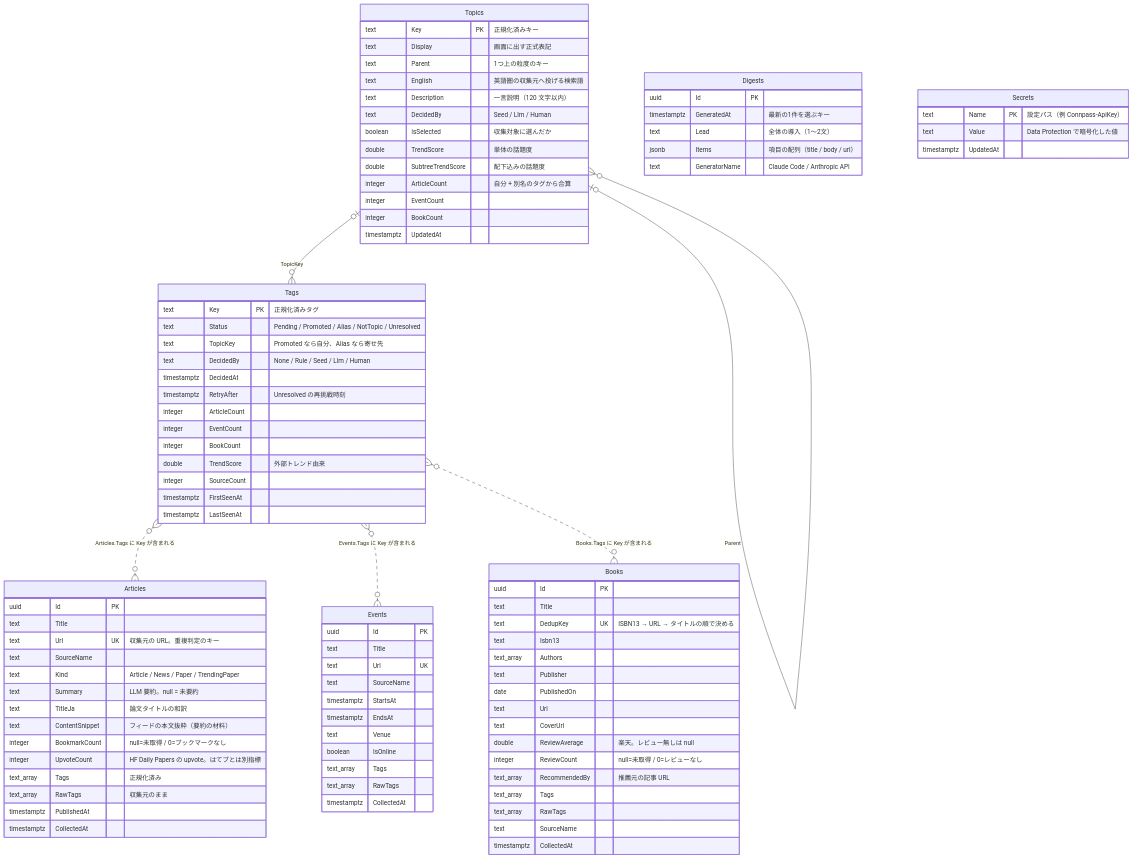
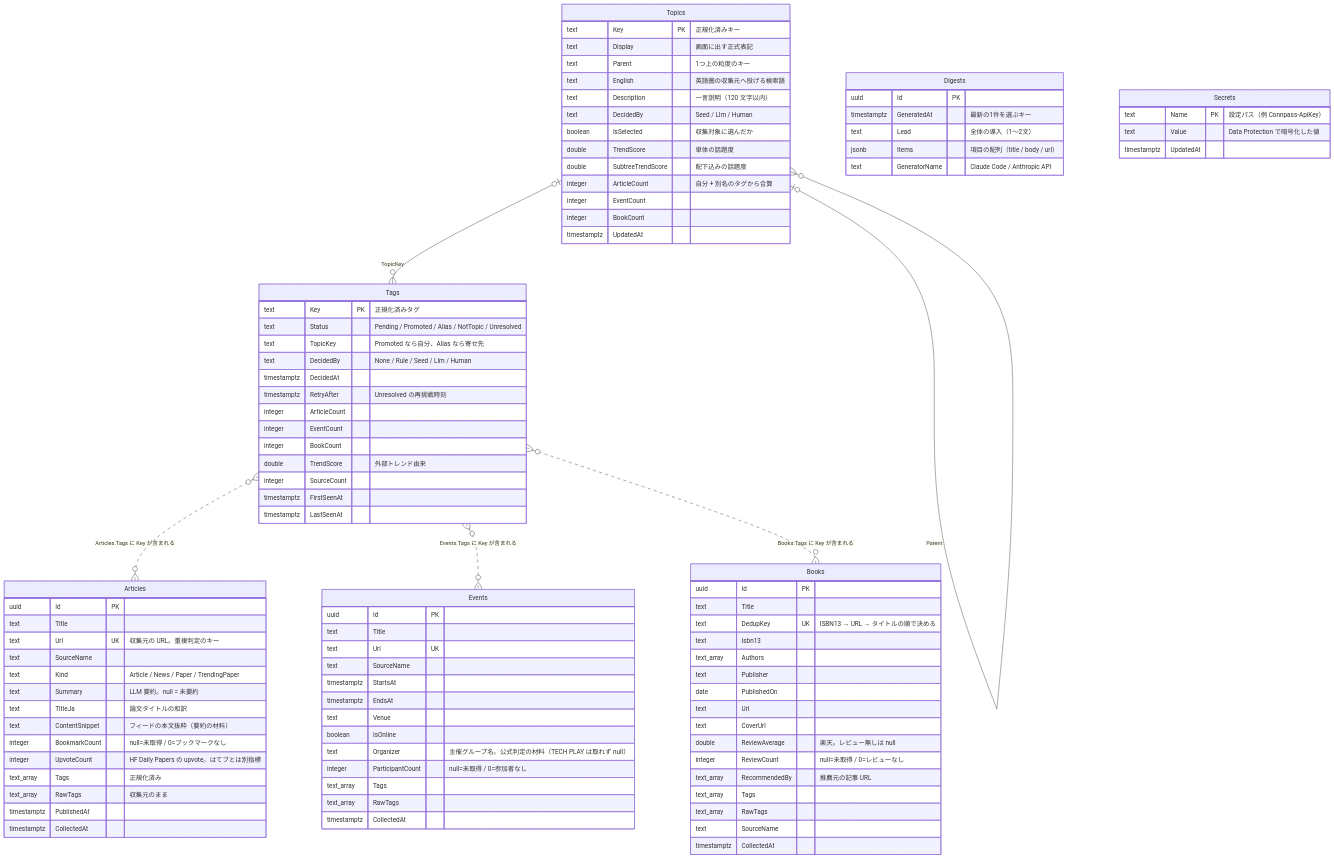
Before and after one commit to rtcode337/tech-antenna: the first of 2 diagrams in docs/database.md, drawn with Mermaid. The commit also changed other lines of this file and 44 other files, not shown here.

```diff
--- a/docs/database.md
+++ b/docs/database.md
@@ -42,6 +42,8 @@
         timestamptz EndsAt
         text Venue
         boolean IsOnline
+        text Organizer "主催グループ名。公式判定の材料（TECH PLAY は取れず null）"
+        integer ParticipantCount "null=未取得 / 0=参加者なし"
         text_array Tags
         text_array RawTags
         timestamptz CollectedAt
```
